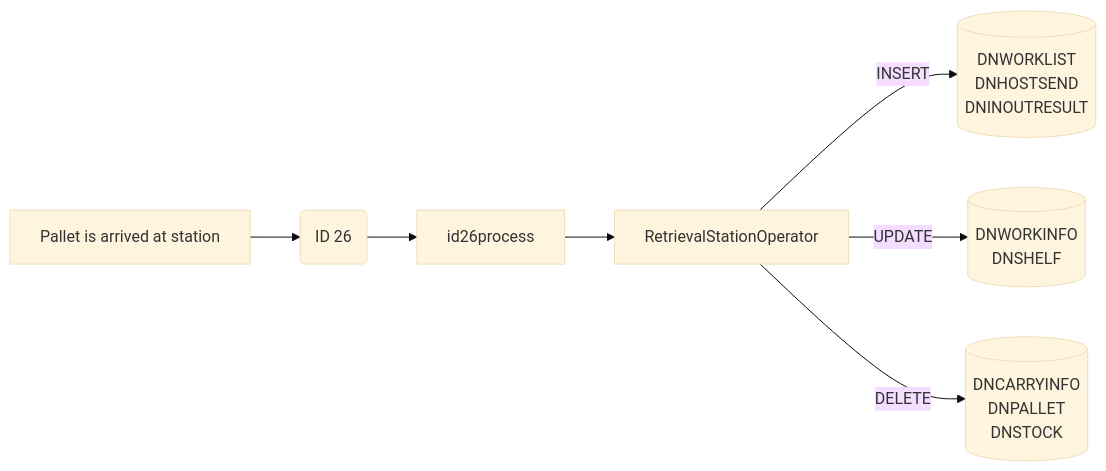
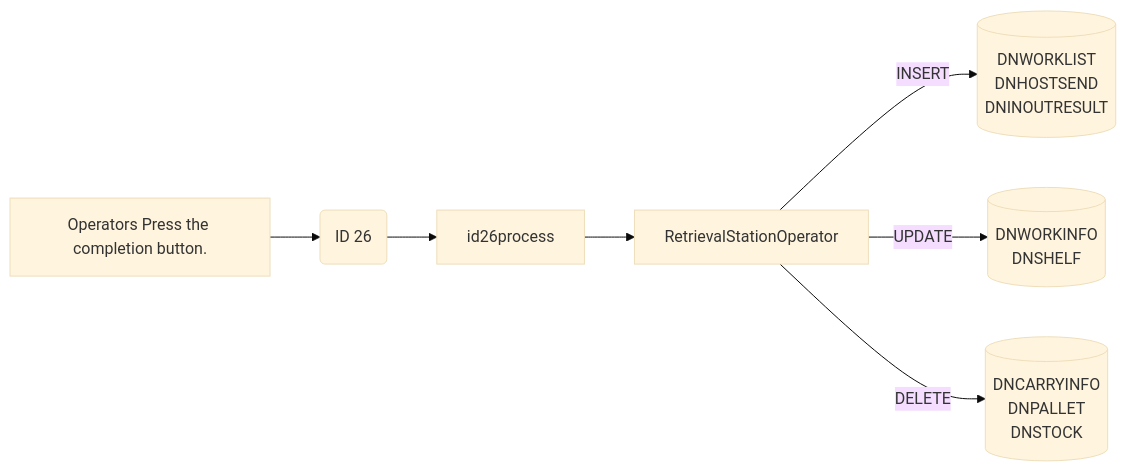
Before and after one commit to luthfiadityaa/SimeDarby-Wiki: the ninth of 9 diagrams in Basic-Design/DFD-WMS/Retrieval/Unplanned-Retrieval-to-HP-Area.md, drawn with Mermaid (base theme).

Commit message:
Updated Unplanned Retrieval to HP Area

```diff
--- a/Basic-Design/DFD-WMS/Retrieval/Unplanned-Retrieval-to-HP-Area.md
+++ b/Basic-Design/DFD-WMS/Retrieval/Unplanned-Retrieval-to-HP-Area.md
@@ -382,40 +382,40 @@
 ::: mermaid
 flowchart LR
 
 buttonclicked["
-Pallet is arrived at station
+Operators Press the completion button.
 "]
 
 id26msg("
 ID 26
 ")
 
 id26-update[("
 DNWORKINFO
 DNSHELF
 ")]
 
 id26-delete[("
 DNCARRYINFO
 DNPALLET
 DNSTOCK
 ")]
 
 id26-insert[("
 DNWORKLIST
 DNHOSTSEND
 DNINOUTRESULT
 ")]
 
 id26process[id26process]
 retrievaloperator[RetrievalStationOperator]
 
 
 buttonclicked --> id26msg
 id26msg -->id26process
 id26process-->retrievaloperator
 
 retrievaloperator--> |INSERT| id26-insert
 retrievaloperator--> |UPDATE| id26-update
 retrievaloperator--> |DELETE| id26-delete
 :::
```
